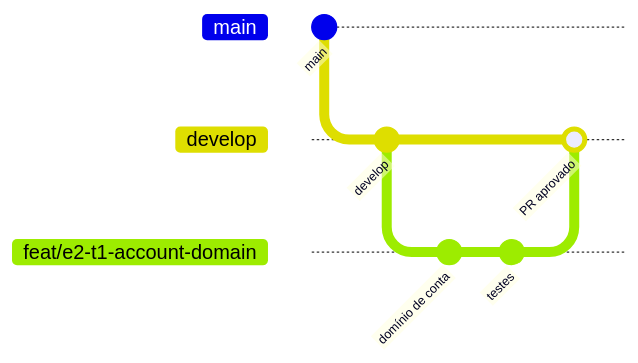
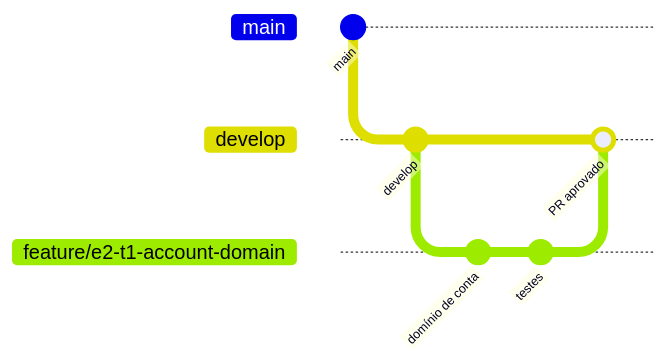
One commit to DiiOliiver/finance-api changed the diagram in README.md. Above: the diagram before and after it, drawn with Mermaid. The commit also changed other lines of this file and 7 other files, not shown here.

````diff
--- a/README.md
+++ b/README.md
@@ -287,13 +288,13 @@
 ```mermaid
 gitGraph
     commit id: "main"
     branch develop
     checkout develop
     commit id: "develop"
-    branch feat/e2-t1-account-domain
-    checkout feat/e2-t1-account-domain
+    branch feature/e2-t1-account-domain
+    checkout feature/e2-t1-account-domain
     commit id: "domínio de conta"
     commit id: "testes"
     checkout develop
-    merge feat/e2-t1-account-domain id: "PR aprovado"
+    merge feature/e2-t1-account-domain id: "PR aprovado"
 ```
````
